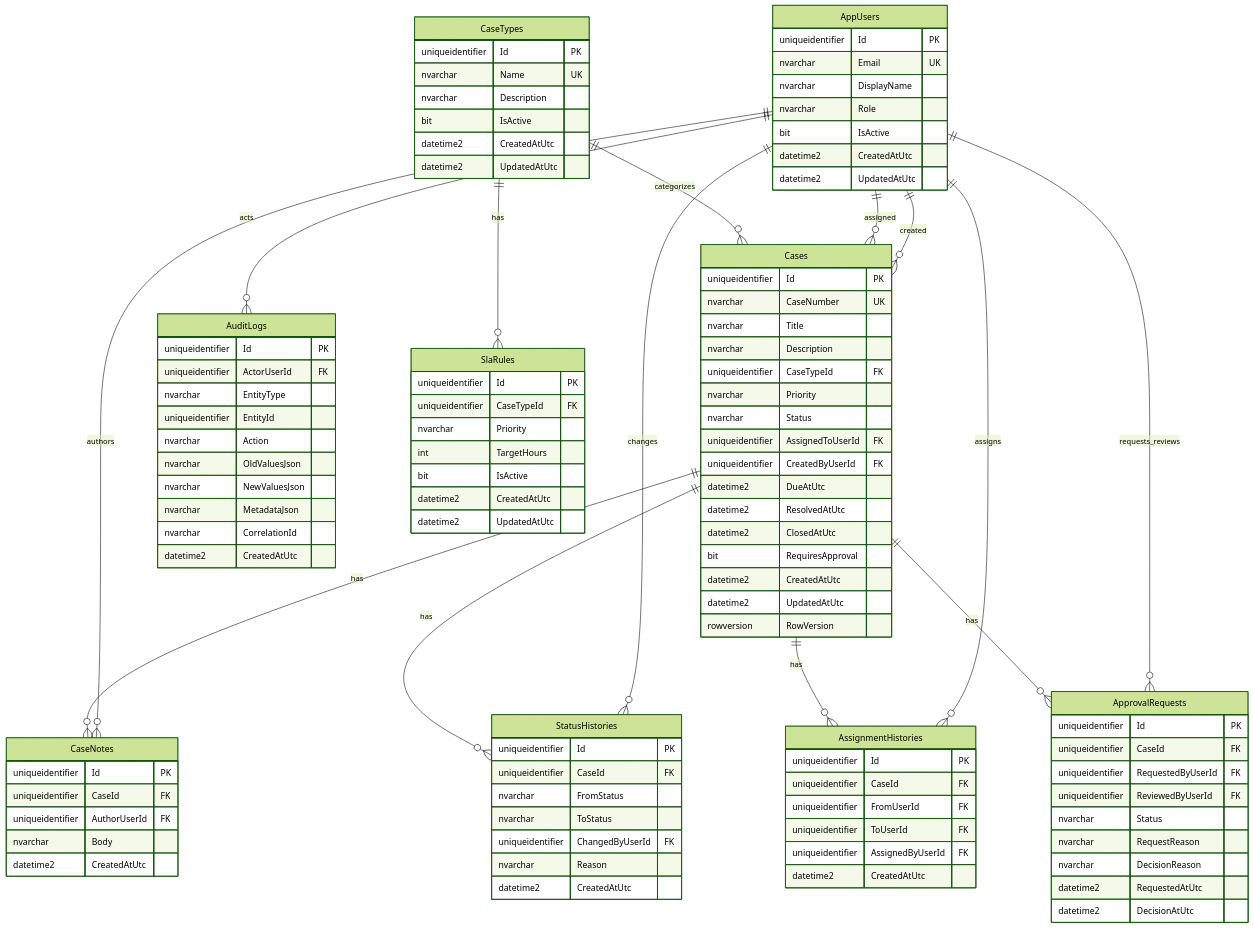
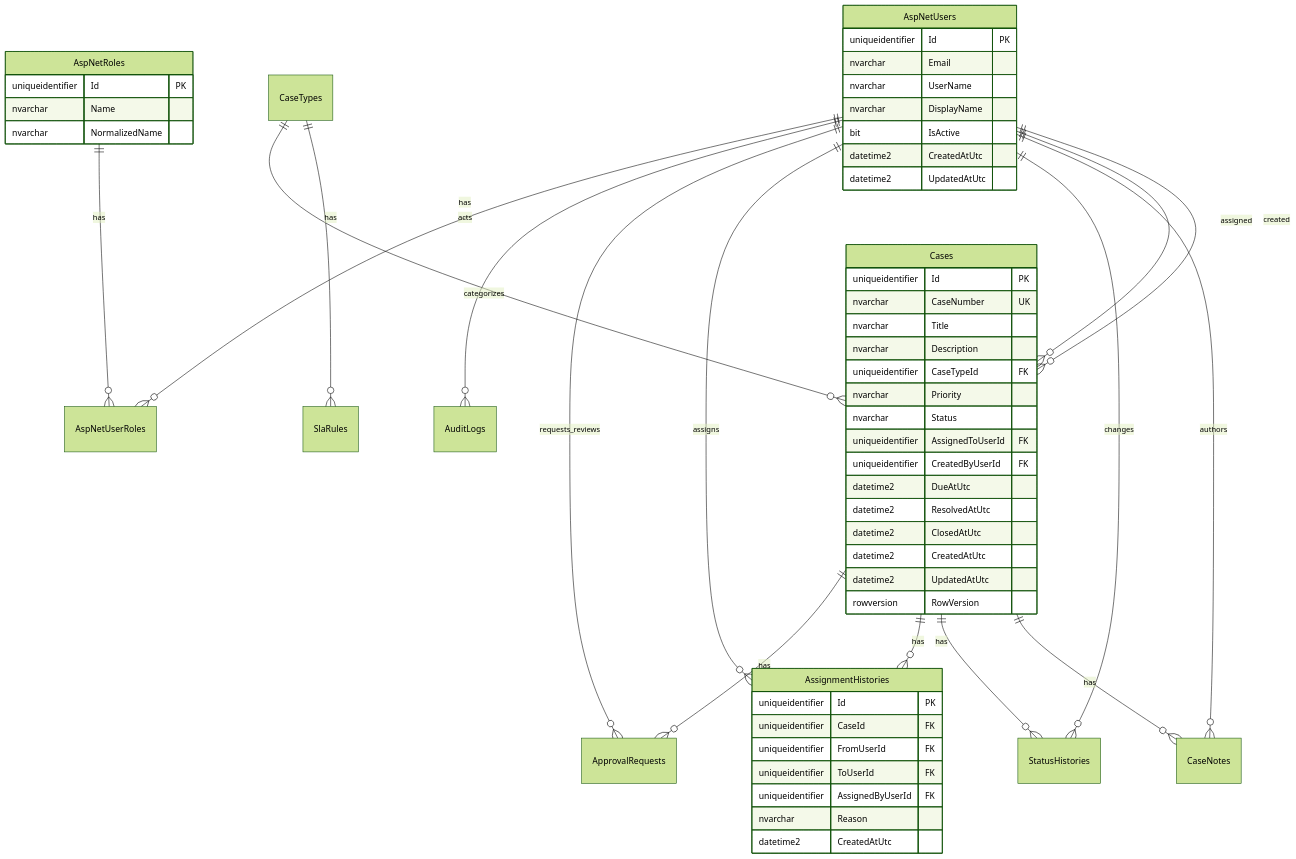
The diagram in docs/data-model.md (sanghunmok-prog/opsflow), drawn with Mermaid (forest theme) before and after one commit. The commit also changed other lines of this file and 63 other files, not shown here.

````diff
--- a/docs/data-model.md
+++ b/docs/data-model.md
@@ -19,12 +51,14 @@
 ```mermaid
 erDiagram
-  AppUsers ||--o{ Cases : created
-  AppUsers ||--o{ Cases : assigned
-  AppUsers ||--o{ CaseNotes : authors
-  AppUsers ||--o{ StatusHistories : changes
-  AppUsers ||--o{ AssignmentHistories : assigns
-  AppUsers ||--o{ ApprovalRequests : requests_reviews
-  AppUsers ||--o{ AuditLogs : acts
+  AspNetUsers ||--o{ Cases : created
+  AspNetUsers ||--o{ Cases : assigned
+  AspNetUsers ||--o{ CaseNotes : authors
+  AspNetUsers ||--o{ StatusHistories : changes
+  AspNetUsers ||--o{ AssignmentHistories : assigns
+  AspNetUsers ||--o{ ApprovalRequests : requests_reviews
+  AspNetUsers ||--o{ AuditLogs : acts
+  AspNetRoles ||--o{ AspNetUserRoles : has
+  AspNetUsers ||--o{ AspNetUserRoles : has
   CaseTypes ||--o{ SlaRules : has
   CaseTypes ||--o{ Cases : categorizes
   Cases ||--o{ CaseNotes : has
@@ -32,33 +66,20 @@
   Cases ||--o{ AssignmentHistories : has
   Cases ||--o{ ApprovalRequests : has
 
-  AppUsers {
+  AspNetUsers {
     uniqueidentifier Id PK
-    nvarchar Email UK
+    nvarchar Email
+    nvarchar UserName
     nvarchar DisplayName
-    nvarchar Role
     bit IsActive
     datetime2 CreatedAtUtc
     datetime2 UpdatedAtUtc
   }
 
-  CaseTypes {
+  AspNetRoles {
     uniqueidentifier Id PK
-    nvarchar Name UK
-    nvarchar Description
-    bit IsActive
-    datetime2 CreatedAtUtc
-    datetime2 UpdatedAtUtc
-  }
-
-  SlaRules {
-    uniqueidentifier Id PK
-    uniqueidentifier CaseTypeId FK
-    nvarchar Priority
-    int TargetHours
-    bit IsActive
-    datetime2 CreatedAtUtc
-    datetime2 UpdatedAtUtc
+    nvarchar Name
+    nvarchar NormalizedName
   }
 
   Cases {
@@ -74,28 +95,9 @@
     datetime2 DueAtUtc
     datetime2 ResolvedAtUtc
     datetime2 ClosedAtUtc
-    bit RequiresApproval
     datetime2 CreatedAtUtc
     datetime2 UpdatedAtUtc
     rowversion RowVersion
-  }
-
-  CaseNotes {
-    uniqueidentifier Id PK
-    uniqueidentifier CaseId FK
-    uniqueidentifier AuthorUserId FK
-    nvarchar Body
-    datetime2 CreatedAtUtc
-  }
-
-  StatusHistories {
-    uniqueidentifier Id PK
-    uniqueidentifier CaseId FK
-    nvarchar FromStatus
-    nvarchar ToStatus
-    uniqueidentifier ChangedByUserId FK
-    nvarchar Reason
-    datetime2 CreatedAtUtc
   }
 
   AssignmentHistories {
@@ -104,31 +106,7 @@
     uniqueidentifier FromUserId FK
     uniqueidentifier ToUserId FK
     uniqueidentifier AssignedByUserId FK
-    datetime2 CreatedAtUtc
-  }
-
-  ApprovalRequests {
-    uniqueidentifier Id PK
-    uniqueidentifier CaseId FK
-    uniqueidentifier RequestedByUserId FK
-    uniqueidentifier ReviewedByUserId FK
-    nvarchar Status
-    nvarchar RequestReason
-    nvarchar DecisionReason
-    datetime2 RequestedAtUtc
-    datetime2 DecisionAtUtc
-  }
-
-  AuditLogs {
-    uniqueidentifier Id PK
-    uniqueidentifier ActorUserId FK
-    nvarchar EntityType
-    uniqueidentifier EntityId
-    nvarchar Action
-    nvarchar OldValuesJson
-    nvarchar NewValuesJson
-    nvarchar MetadataJson
-    nvarchar CorrelationId
+    nvarchar Reason
     datetime2 CreatedAtUtc
   }
 ```
````
